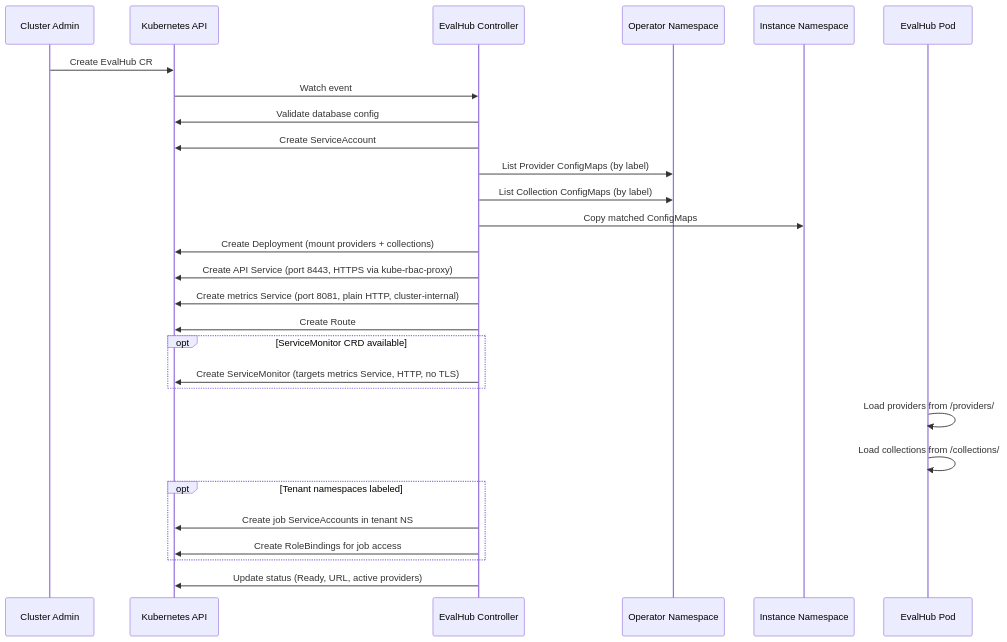
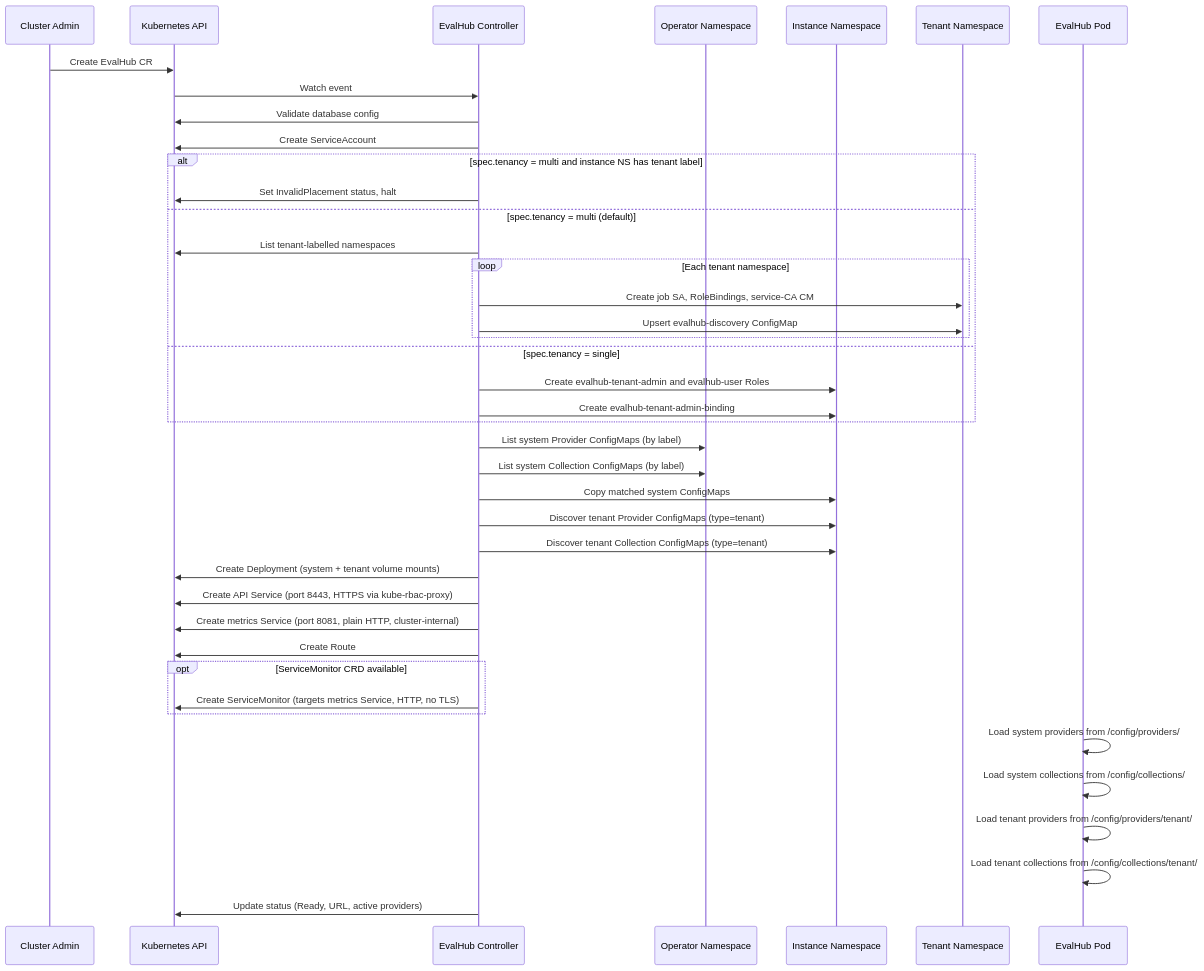
One commit to trustyai-explainability/trustyai-service-operator changed the seventh of 9 diagrams in ARCHITECTURE.md. Above: the diagram before and after it, drawn with Mermaid. The commit also changed other lines of this file and 20 other files, not shown here.

First line of the commit message:
feat(evalhub): implement single-tenant support (#805)

````diff
--- a/ARCHITECTURE.md
+++ b/ARCHITECTURE.md
@@ -298,38 +299,52 @@
 ```mermaid
 sequenceDiagram
     participant Admin as Cluster Admin
     participant K8sAPI as Kubernetes API
     participant EH as EvalHub Controller
     participant OpNS as Operator Namespace
     participant InstanceNS as Instance Namespace
+    participant TenantNS as Tenant Namespace
     participant EHPod as EvalHub Pod
 
     Admin->>K8sAPI: Create EvalHub CR
     K8sAPI->>EH: Watch event
 
     EH->>K8sAPI: Validate database config
     EH->>K8sAPI: Create ServiceAccount
 
-    EH->>OpNS: List Provider ConfigMaps (by label)
-    EH->>OpNS: List Collection ConfigMaps (by label)
-    EH->>InstanceNS: Copy matched ConfigMaps
+    alt spec.tenancy = multi and instance NS has tenant label
+        EH->>K8sAPI: Set InvalidPlacement status, halt
+    else spec.tenancy = multi (default)
+        EH->>K8sAPI: List tenant-labelled namespaces
+        loop Each tenant namespace
+            EH->>TenantNS: Create job SA, RoleBindings, service-CA CM
+            EH->>TenantNS: Upsert evalhub-discovery ConfigMap
+        end
+    else spec.tenancy = single
+        EH->>InstanceNS: Create evalhub-tenant-admin and evalhub-user Roles
+        EH->>InstanceNS: Create evalhub-tenant-admin-binding
+    end
 
-    EH->>K8sAPI: Create Deployment (mount providers + collections)
+    EH->>OpNS: List system Provider ConfigMaps (by label)
+    EH->>OpNS: List system Collection ConfigMaps (by label)
+    EH->>InstanceNS: Copy matched system ConfigMaps
+
+    EH->>InstanceNS: Discover tenant Provider ConfigMaps (type=tenant)
+    EH->>InstanceNS: Discover tenant Collection ConfigMaps (type=tenant)
+
+    EH->>K8sAPI: Create Deployment (system + tenant volume mounts)
     EH->>K8sAPI: Create API Service (port 8443, HTTPS via kube-rbac-proxy)
     EH->>K8sAPI: Create metrics Service (port 8081, plain HTTP, cluster-internal)
     EH->>K8sAPI: Create Route
 
     opt ServiceMonitor CRD available
         EH->>K8sAPI: Create ServiceMonitor (targets metrics Service, HTTP, no TLS)
     end
 
-    EHPod->>EHPod: Load providers from /providers/
-    EHPod->>EHPod: Load collections from /collections/
-
-    opt Tenant namespaces labeled
-        EH->>K8sAPI: Create job ServiceAccounts in tenant NS
-        EH->>K8sAPI: Create RoleBindings for job access
-    end
+    EHPod->>EHPod: Load system providers from /config/providers/
+    EHPod->>EHPod: Load system collections from /config/collections/
+    EHPod->>EHPod: Load tenant providers from /config/providers/tenant/
+    EHPod->>EHPod: Load tenant collections from /config/collections/tenant/
 
     EH->>K8sAPI: Update status (Ready, URL, active providers)
 ```
````
